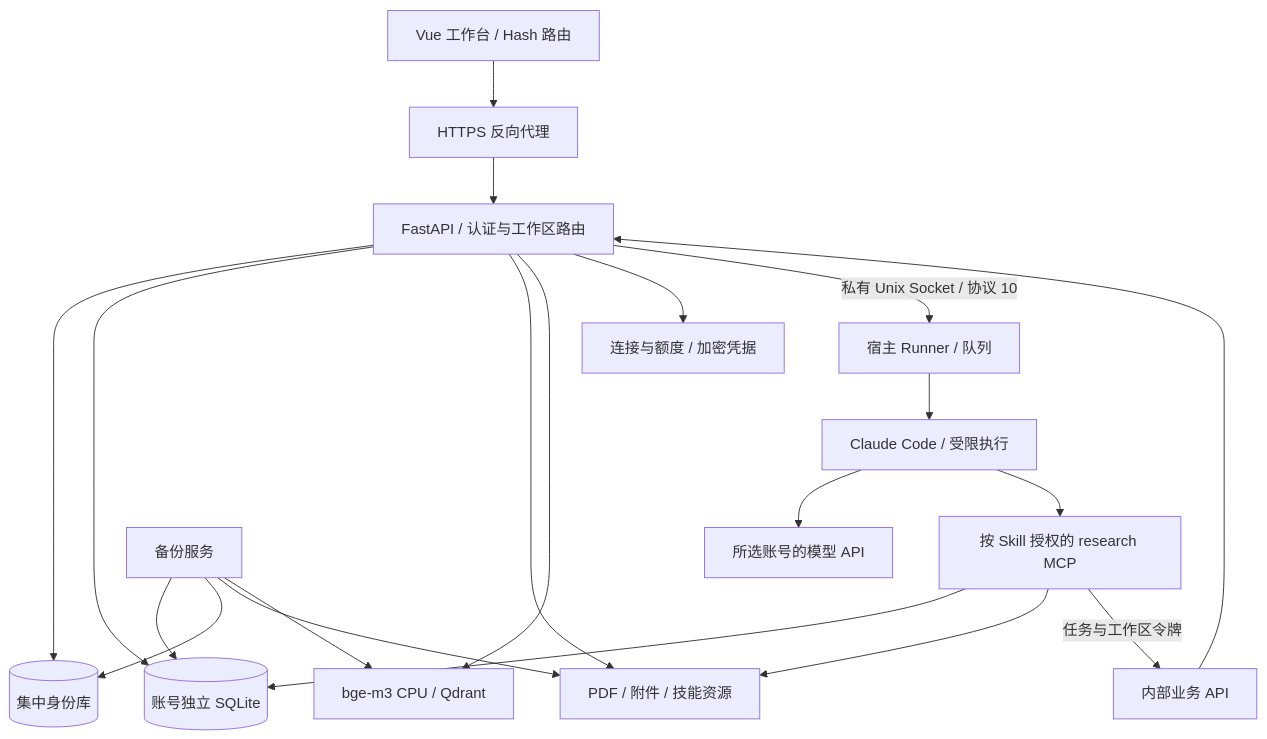
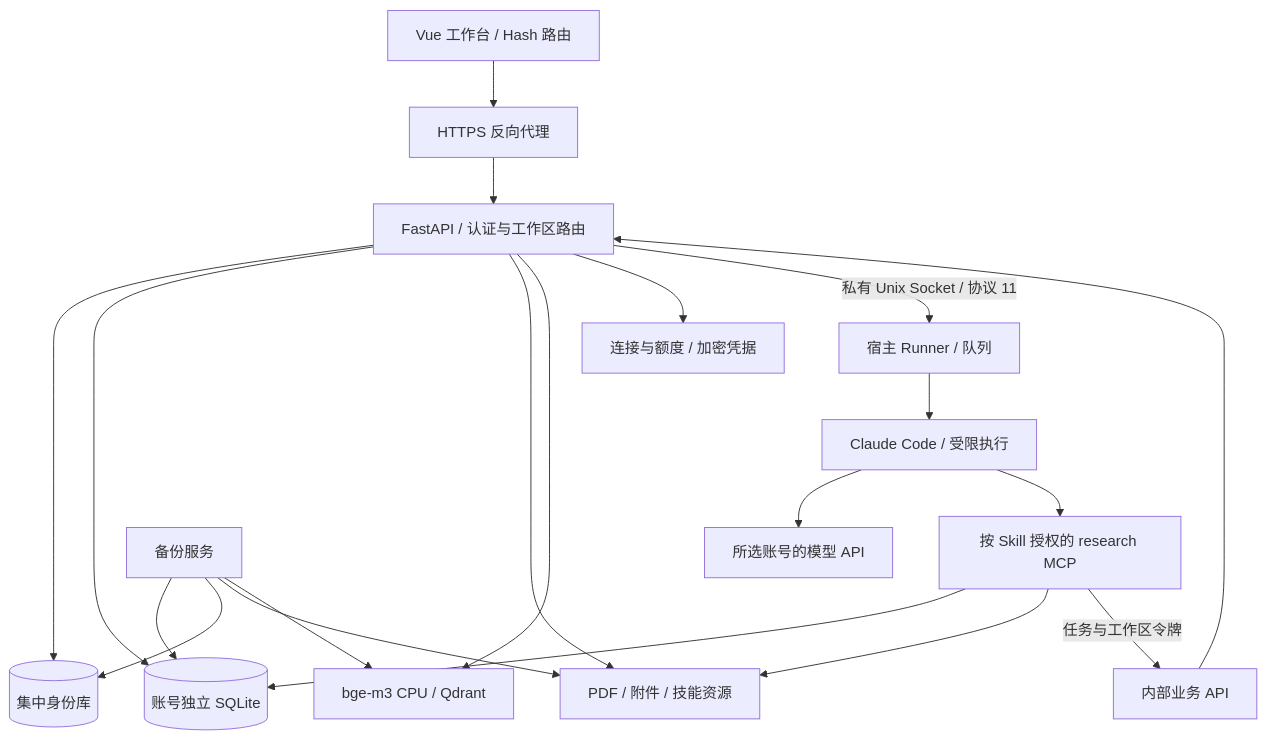
The first of 2 diagrams in docs/架构.md (FallrainKing/Firework), drawn with Mermaid before and after one commit. The commit also changed other lines of this file and 70 other files, not shown here.

````diff
--- a/docs/架构.md
+++ b/docs/架构.md
@@ -18,22 +18,22 @@
 ```mermaid
 flowchart TD
     Browser[Vue 工作台 / Hash 路由] --> HTTPS[HTTPS 反向代理]
     HTTPS --> API[FastAPI / 认证与工作区路由]
     API --> Identity[(集中身份库)]
     API --> DB[(账号独立 SQLite)]
     API --> Files[PDF / 附件 / 技能资源]
     API --> RAG[bge-m3 CPU / Qdrant]
     API --> Config[连接与额度 / 加密凭据]
-    API -->|私有 Unix Socket / 协议 10| Runner[宿主 Runner / 队列]
+    API -->|私有 Unix Socket / 协议 11| Runner[宿主 Runner / 队列]
     Runner --> CLI[Claude Code / 受限执行]
     CLI --> Provider[所选账号的模型 API]
     CLI --> MCP[按 Skill 授权的 research MCP]
     MCP --> DB
     MCP --> Files
     MCP -->|任务与工作区令牌| Internal[内部业务 API]
     Internal --> API
     Backup[备份服务] --> DB
     Backup --> Identity
     Backup --> Files
     Backup --> RAG
 ```
````
